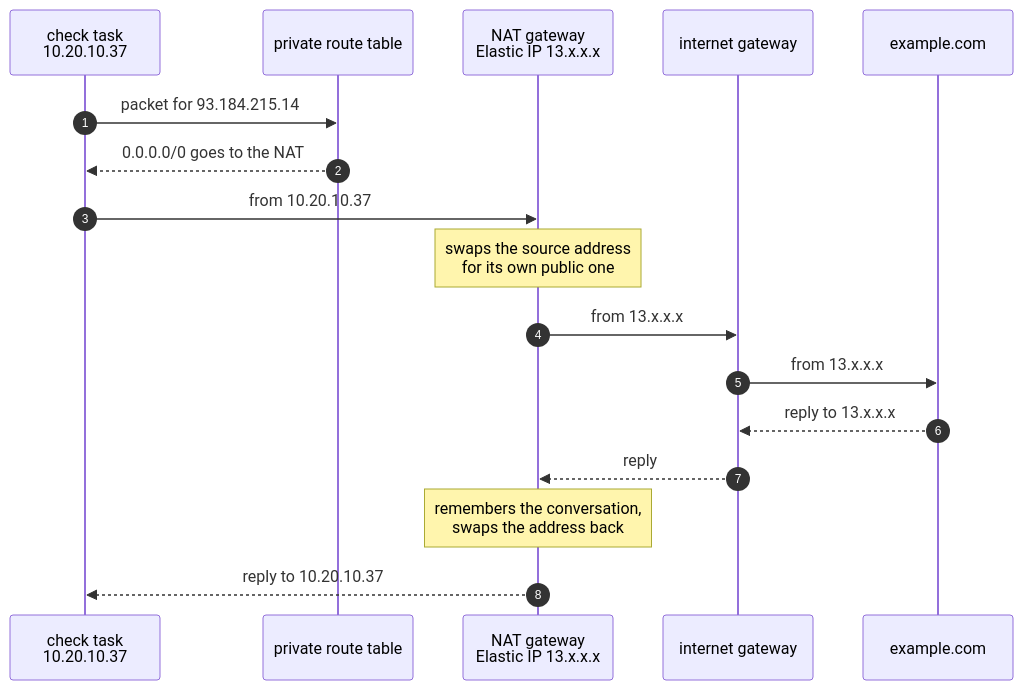
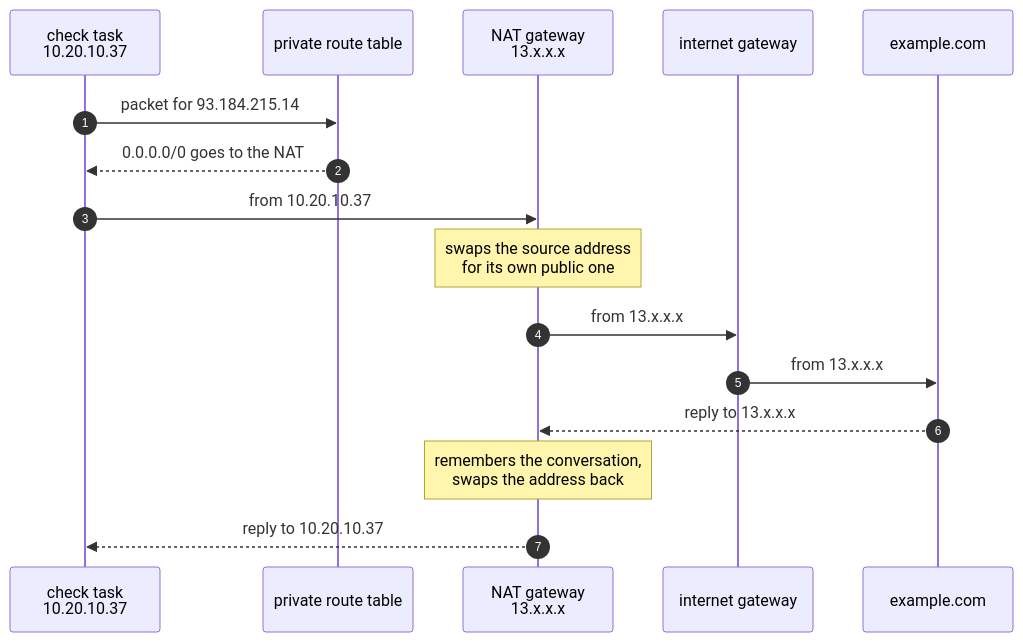
One commit to shadreza/aws-three-tier-cloud-ref-architecture changed the first of 2 diagrams in docs/storybook/05-network.md. Above: the diagram before and after it, drawn with Mermaid. The commit also changed other lines of this file and 23 other files, not shown here.

````diff
--- a/docs/storybook/05-network.md
+++ b/docs/storybook/05-network.md
@@ -181,19 +82,18 @@
 ```mermaid
 sequenceDiagram
     autonumber
     participant T as check task<br/>10.20.10.37
     participant R as private route table
-    participant N as NAT gateway<br/>Elastic IP 13.x.x.x
+    participant N as NAT gateway<br/>13.x.x.x
     participant I as internet gateway
     participant W as example.com
     T->>R: packet for 93.184.215.14
     R-->>T: 0.0.0.0/0 goes to the NAT
     T->>N: from 10.20.10.37
     Note over N: swaps the source address<br/>for its own public one
     N->>I: from 13.x.x.x
     I->>W: from 13.x.x.x
-    W-->>I: reply to 13.x.x.x
-    I-->>N: reply
+    W-->>N: reply to 13.x.x.x
     Note over N: remembers the conversation,<br/>swaps the address back
     N-->>T: reply to 10.20.10.37
 ```
````
